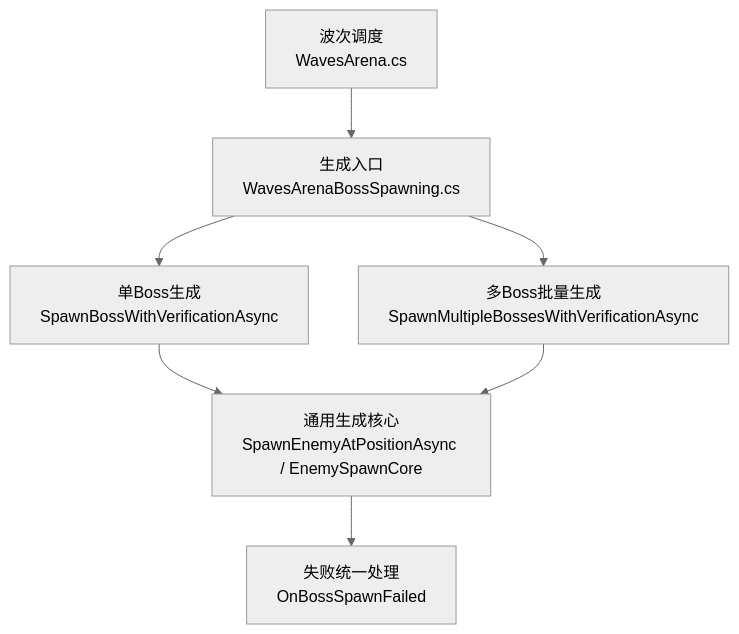
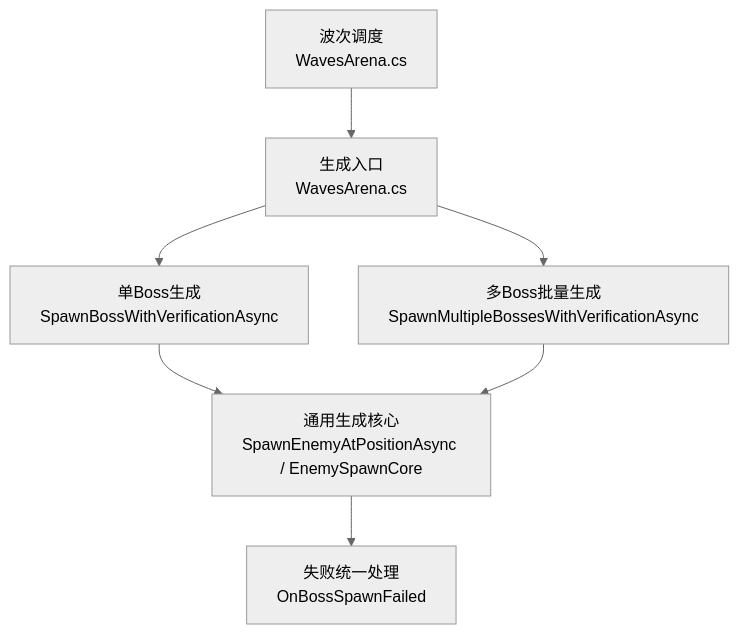
Before and after one commit to GASEN1216/BossRushMod: the first of 5 diagrams in .qoder/repowiki/zh/content/游戏模式系统/标准 BossRush 模式/波次管理系统/敌人生成调度/Boss生成失败处理.md, drawn with Mermaid (neutral theme). The commit also changed other lines of this file and 124 other files, not shown here.

````diff
--- a/.qoder/repowiki/zh/content/游戏模式系统/标准 BossRush 模式/波次管理系统/敌人生成调度/Boss生成失败处理.md
+++ b/.qoder/repowiki/zh/content/游戏模式系统/标准 BossRush 模式/波次管理系统/敌人生成调度/Boss生成失败处理.md
@@ -34,9 +34,9 @@
 ```mermaid
 graph TB
-A["波次调度<br/>WavesArena.cs"] --> B["生成入口<br/>WavesArenaBossSpawning.cs"]
+A["波次调度<br/>WavesArena.cs"] --> B["生成入口<br/>WavesArena.cs"]
 B --> C["单Boss生成<br/>SpawnBossWithVerificationAsync"]
 B --> D["多Boss批量生成<br/>SpawnMultipleBossesWithVerificationAsync"]
 C --> E["通用生成核心<br/>SpawnEnemyAtPositionAsync / EnemySpawnCore"]
 D --> E
 E --> F["失败统一处理<br/>OnBossSpawnFailed"]
 ```
````
